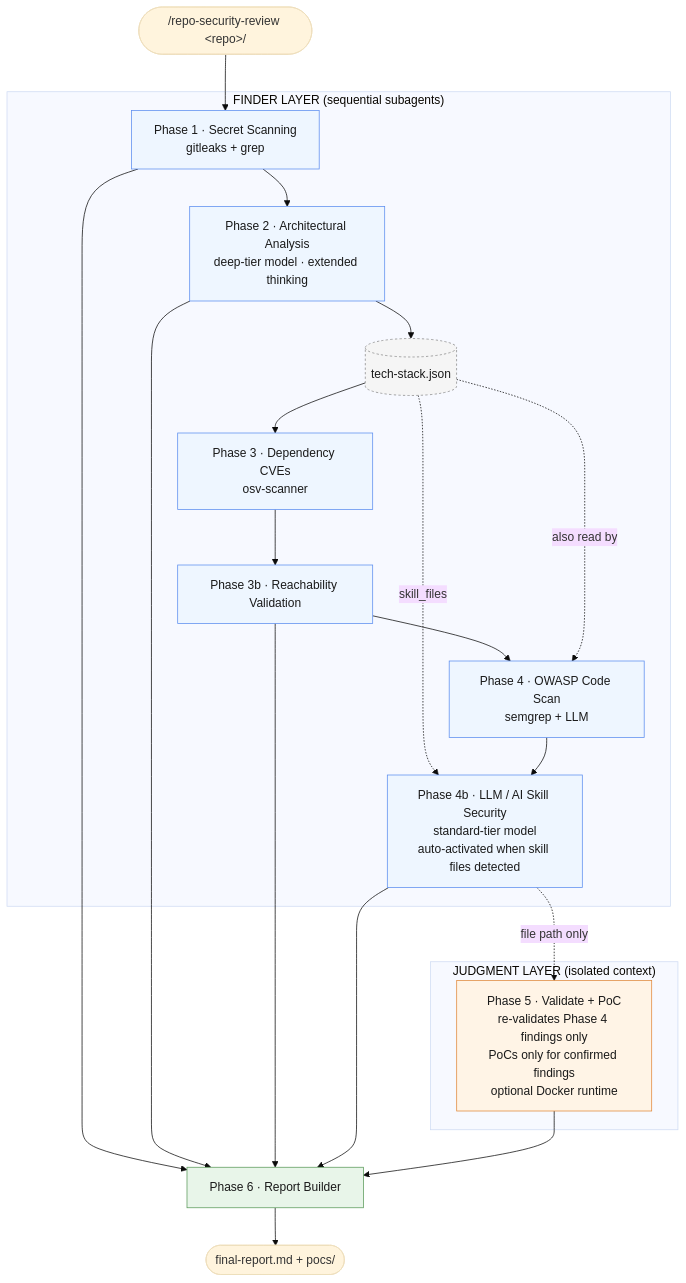
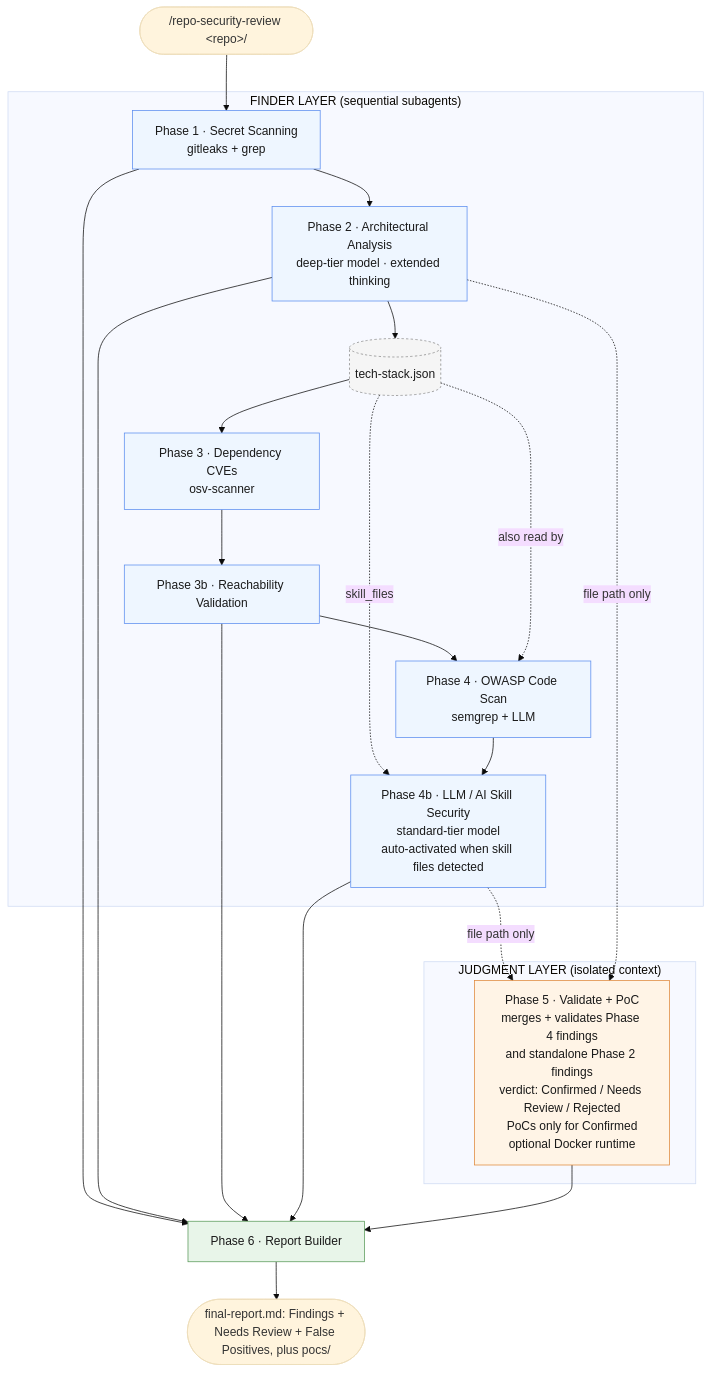
The diagram in README.md (Consensys/repo-security-review), drawn with Mermaid (base theme) before and after one commit.

````diff
--- a/README.md
+++ b/README.md
@@ -93,45 +93,46 @@
 ```mermaid
 flowchart TD
     Start([/repo-security-review &lt;repo&gt;/]) --> P1
 
     subgraph FINDER["FINDER LAYER (sequential subagents)"]
         P1[Phase 1 · Secret Scanning<br/>gitleaks + grep]
         P2[Phase 2 · Architectural Analysis<br/>deep-tier model · extended thinking]
         TS[(tech-stack.json)]
         P3[Phase 3 · Dependency CVEs<br/>osv-scanner]
         P3b[Phase 3b · Reachability Validation]
         P4[Phase 4 · OWASP Code Scan<br/>semgrep + LLM]
         P4b[Phase 4b · LLM / AI Skill Security<br/>standard-tier model<br/>auto-activated when skill files detected]
 
         P1 --> P2
         P2 --> TS
         TS --> P3
         P3 --> P3b
         P3b --> P4
         TS -. also read by .-> P4
         TS -. skill_files .-> P4b
         P4 --> P4b
     end
 
     P4b -. file path only .-> P5
+    P2 -. file path only .-> P5
 
     subgraph JUDGMENT["JUDGMENT LAYER (isolated context)"]
-        P5[Phase 5 · Validate + PoC<br/>re-validates Phase 4 findings only<br/>PoCs only for confirmed findings<br/>optional Docker runtime]
+        P5[Phase 5 · Validate + PoC<br/>merges + validates Phase 4 findings<br/>and standalone Phase 2 findings<br/>verdict: Confirmed / Needs Review / Rejected<br/>PoCs only for Confirmed<br/>optional Docker runtime]
     end
 
     P1 --> R[Phase 6 · Report Builder]
     P2 --> R
     P3b --> R
     P4b --> R
     P5 --> R
-    R --> Out([final-report.md + pocs/])
+    R --> Out([final-report.md: Findings + Needs Review + False Positives, plus pocs/])
 
     classDef finder fill:#eef6ff,stroke:#5b8def,color:#1a1a1a
     classDef judgment fill:#fff4e6,stroke:#e0883a,color:#1a1a1a
     classDef report fill:#e8f5e9,stroke:#5a9a5a,color:#1a1a1a
     classDef store fill:#f5f5f5,stroke:#888,color:#1a1a1a,stroke-dasharray: 3 3
     class P1,P2,P3,P3b,P4,P4b finder
     class P5 judgment
     class R report
     class TS store
 ```
````
